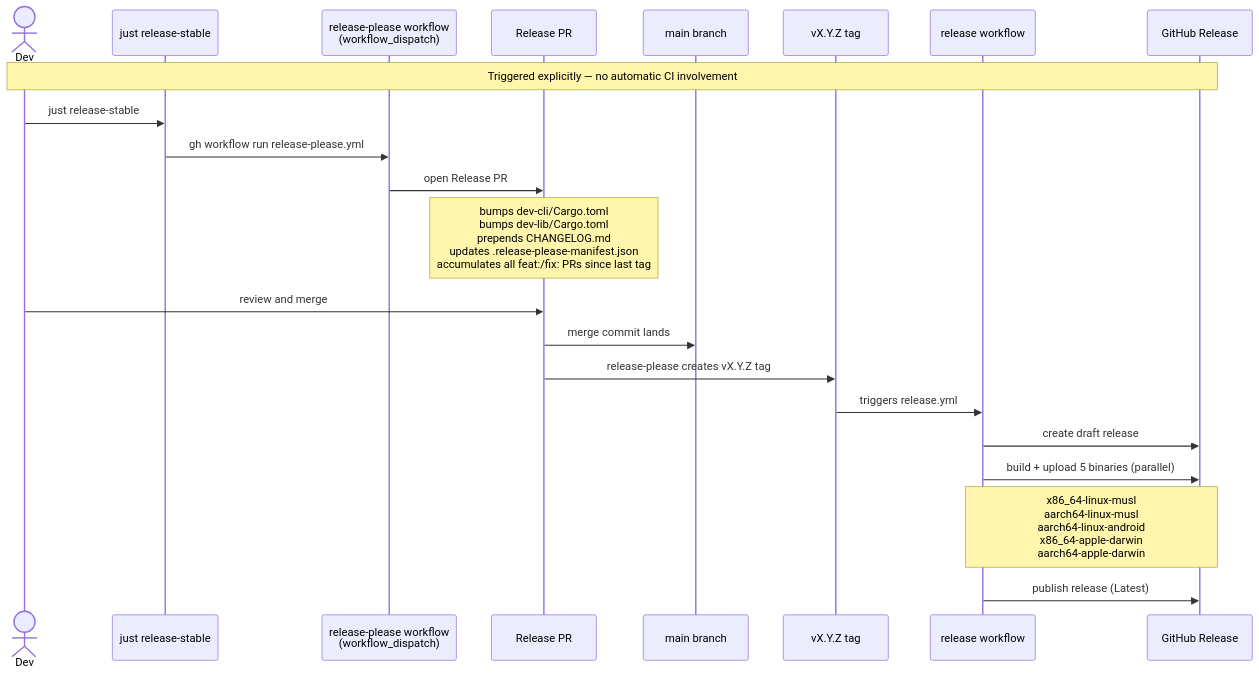
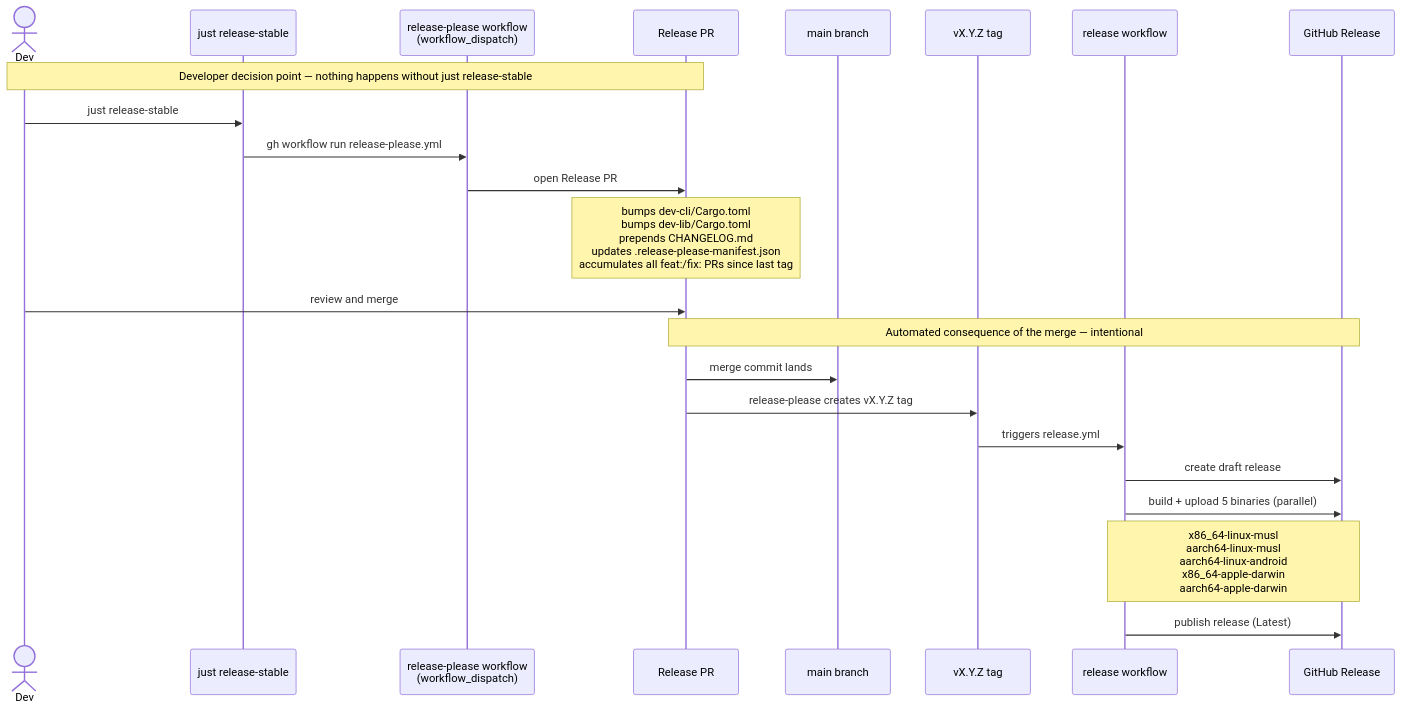
Before and after one commit to thompsonson/dev: the first of 2 diagrams in docs/adr/001-release-automation.md, drawn with Mermaid. The commit also changed other lines of this file, not shown here.

````diff
--- a/docs/adr/001-release-automation.md
+++ b/docs/adr/001-release-automation.md
@@ -60,26 +60,29 @@
 ```mermaid
 sequenceDiagram
     actor Dev
     participant J as just release-stable
     participant RP as release-please workflow<br/>(workflow_dispatch)
     participant RPR as Release PR
     participant main as main branch
     participant tag as vX.Y.Z tag
     participant RW as release workflow
     participant GHR as GitHub Release
 
-    Note over Dev,GHR: Triggered explicitly — no automatic CI involvement
+    Note over Dev,RPR: Developer decision point — nothing happens without just release-stable
 
     Dev->>J: just release-stable
     J->>RP: gh workflow run release-please.yml
     RP->>RPR: open Release PR
     Note over RPR: bumps dev-cli/Cargo.toml<br/>bumps dev-lib/Cargo.toml<br/>prepends CHANGELOG.md<br/>updates .release-please-manifest.json<br/>accumulates all feat:/fix: PRs since last tag
     Dev->>RPR: review and merge
+
+    Note over RPR,GHR: Automated consequence of the merge — intentional
+
     RPR->>main: merge commit lands
     RPR->>tag: release-please creates vX.Y.Z tag
     tag->>RW: triggers release.yml
     RW->>GHR: create draft release
     RW->>GHR: build + upload 5 binaries (parallel)
     Note over RW,GHR: x86_64-linux-musl<br/>aarch64-linux-musl<br/>aarch64-linux-android<br/>x86_64-apple-darwin<br/>aarch64-apple-darwin
     RW->>GHR: publish release (Latest)
 ```
````
